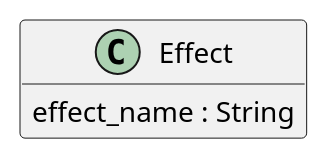
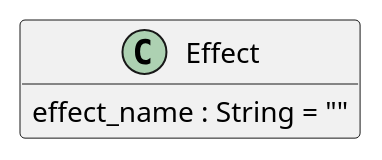
Before and after one commit to sandflow/otio-core-specification: the tenth of 32 diagrams in src/main/md/otio-core.md, drawn with PlantUML. The commit also changed other lines of this file, not shown here.

````diff
--- a/src/main/md/otio-core.md
+++ b/src/main/md/otio-core.md
@@ -649,11 +647,11 @@
 ```puml
 @startuml
 hide empty members
 skinparam classAttributeIconSize 0
 
 class Effect {
-  effect_name : String
+  effect_name : String = ""
 }
 
 @enduml
 ```
````
